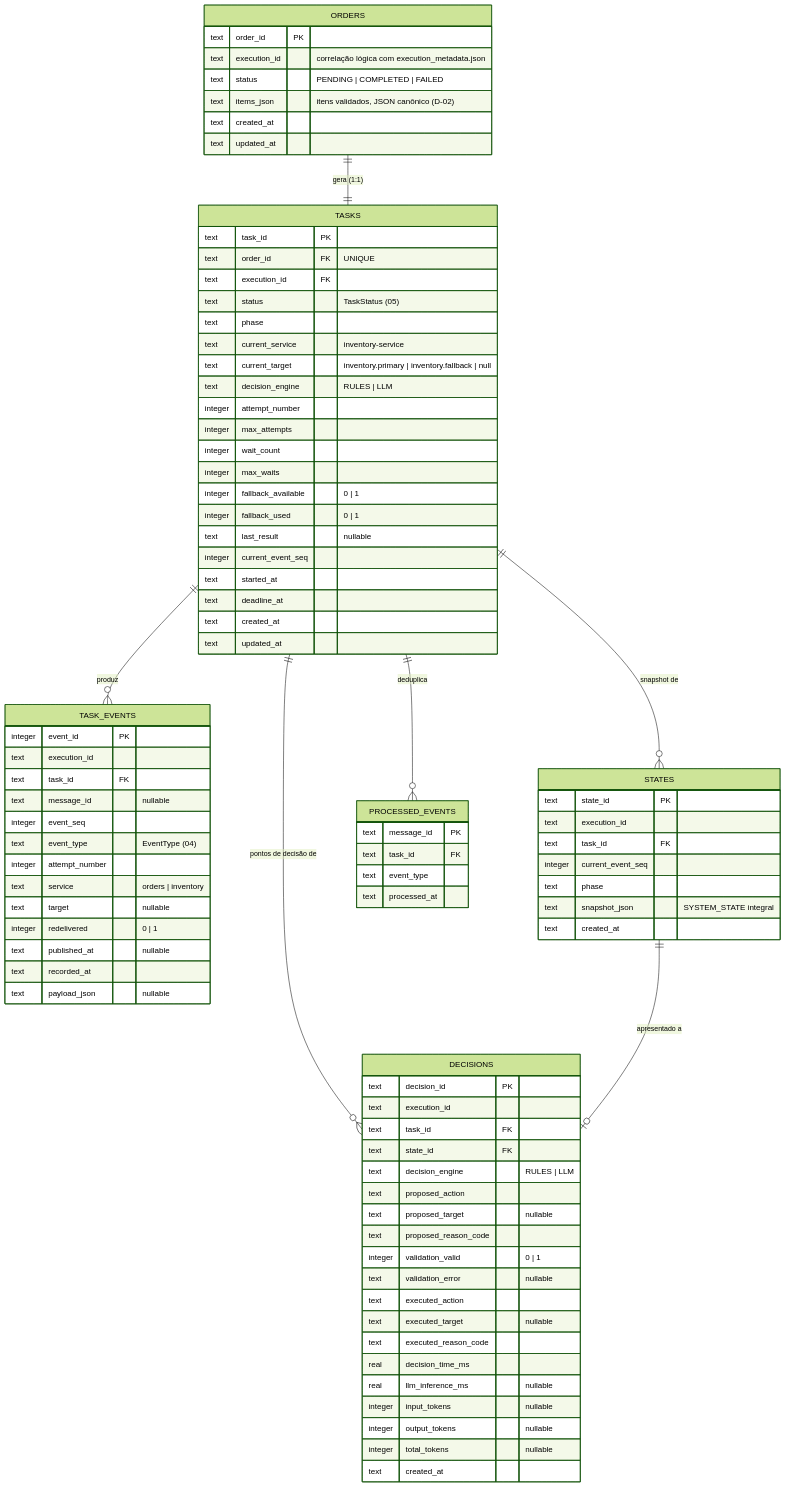
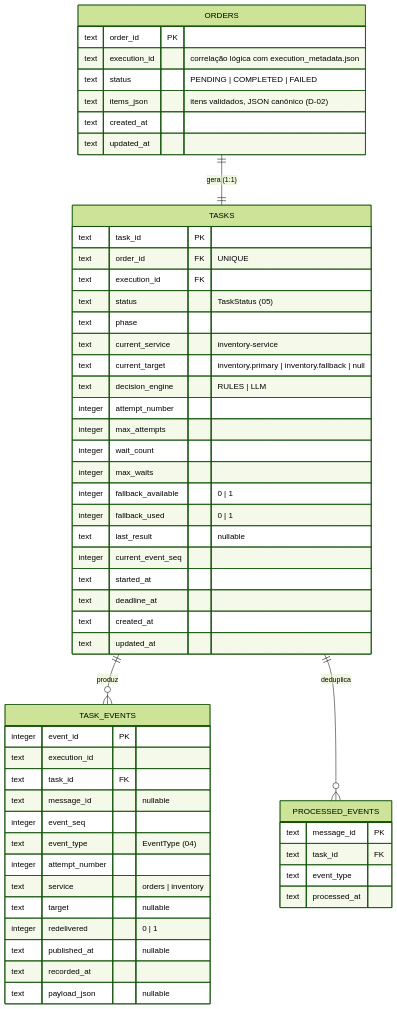
Before and after one commit to jorrevicz/rule2llm-orch-lab: the first of 3 diagrams in docs/08-modelo-de-dados-mer.md, drawn with Mermaid (forest theme). The commit also changed other lines of this file and 13 other files, not shown here.

```diff
--- a/docs/08-modelo-de-dados-mer.md
+++ b/docs/08-modelo-de-dados-mer.md
@@ -32,9 +32,6 @@
 erDiagram
     ORDERS ||--|| TASKS : "gera (1:1)"
     TASKS ||--o{ TASK_EVENTS : "produz"
-    TASKS ||--o{ STATES : "snapshot de"
-    TASKS ||--o{ DECISIONS : "pontos de decisão de"
-    STATES ||--o| DECISIONS : "apresentado a"
     TASKS ||--o{ PROCESSED_EVENTS : "deduplica"
 
     ORDERS {
@@ -85,37 +82,7 @@
         text payload_json "nullable"
     }
 
-    STATES {
-        text state_id PK
-        text execution_id
-        text task_id FK
-        integer current_event_seq
-        text phase
-        text snapshot_json "SYSTEM_STATE integral"
-        text created_at
-    }
 
-    DECISIONS {
-        text decision_id PK
-        text execution_id
-        text task_id FK
-        text state_id FK
-        text decision_engine "RULES | LLM"
-        text proposed_action
-        text proposed_target "nullable"
-        text proposed_reason_code
-        integer validation_valid "0 | 1"
-        text validation_error "nullable"
-        text executed_action
-        text executed_target "nullable"
-        text executed_reason_code
-        real decision_time_ms
-        real llm_inference_ms "nullable"
-        integer input_tokens "nullable"
-        integer output_tokens "nullable"
-        integer total_tokens "nullable"
-        text created_at
-    }
 
     PROCESSED_EVENTS {
         text message_id PK
```
